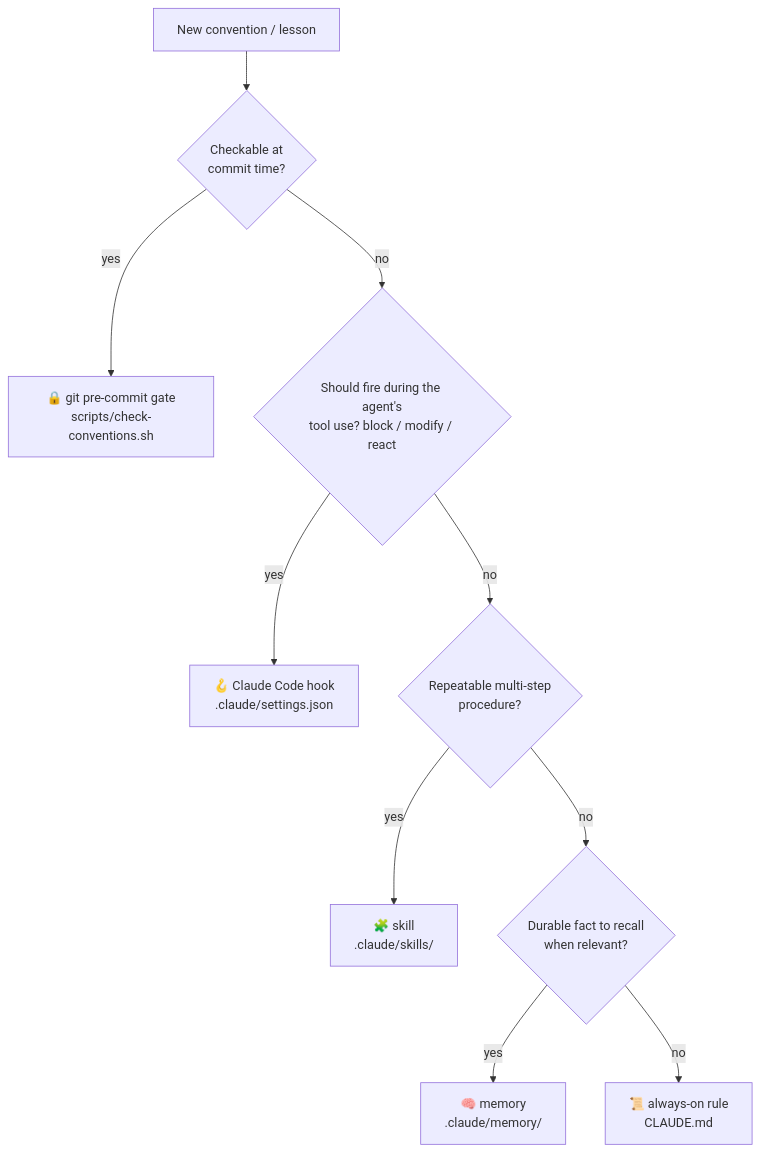
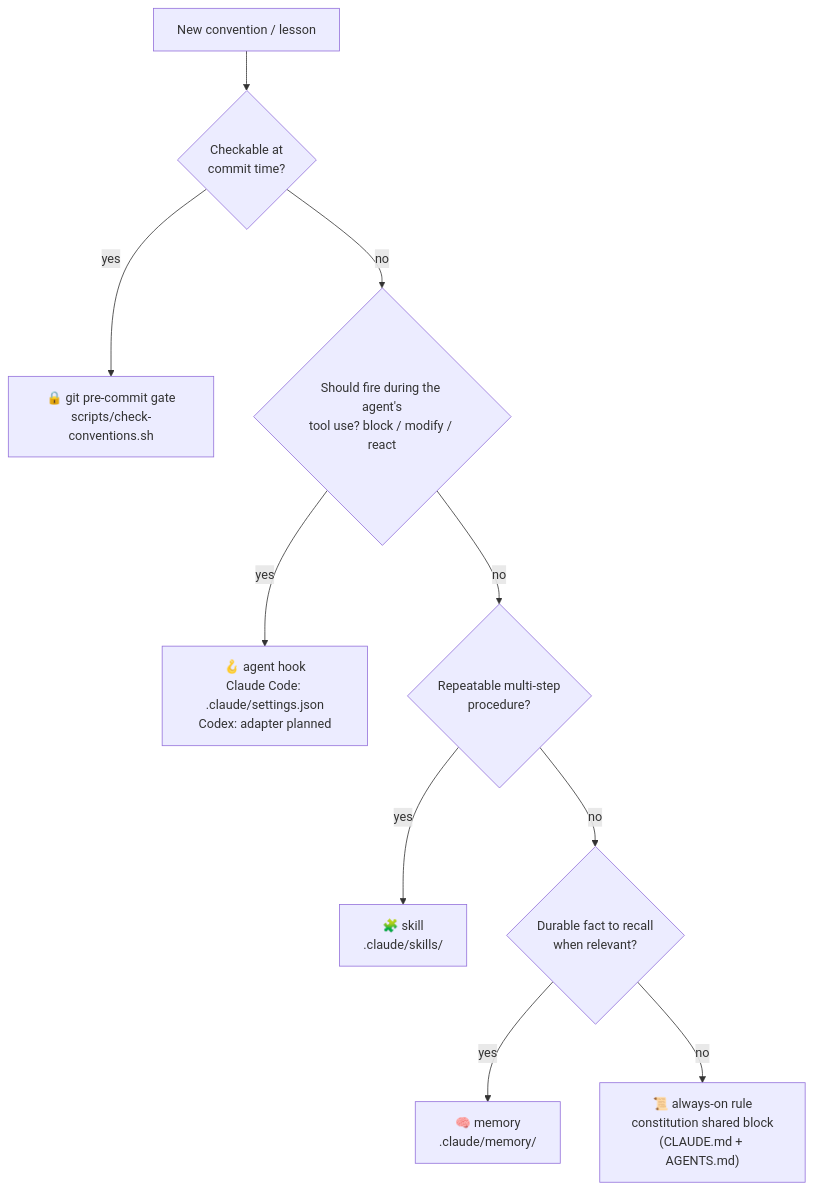
One commit to icurfer/ic-praxis changed the fourth of 5 diagrams in README.md. Above: the diagram before and after it, drawn with Mermaid. The commit also changed other lines of this file and 1 other file, not shown here.

First line of the commit message:
docs: agent-neutral README diagrams — Codex alongside Claude Code

````diff
--- a/README.md
+++ b/README.md
@@ -202,12 +209,12 @@
 ```mermaid
 flowchart TD
     N["New convention / lesson"] --> Q1{"Checkable at<br/>commit time?"}
     Q1 -- yes --> GATE["🔒 git pre-commit gate<br/>scripts/check-conventions.sh"]
     Q1 -- no --> Q2{"Should fire during the agent's<br/>tool use? block / modify / react"}
-    Q2 -- yes --> HOOK["🪝 Claude Code hook<br/>.claude/settings.json"]
+    Q2 -- yes --> HOOK["🪝 agent hook<br/>Claude Code: .claude/settings.json<br/>Codex: adapter planned"]
     Q2 -- no --> Q3{"Repeatable multi-step<br/>procedure?"}
     Q3 -- yes --> SKILL["🧩 skill<br/>.claude/skills/"]
     Q3 -- no --> Q4{"Durable fact to recall<br/>when relevant?"}
     Q4 -- yes --> MEM["🧠 memory<br/>.claude/memory/"]
-    Q4 -- no --> RULE["📜 always-on rule<br/>CLAUDE.md"]
+    Q4 -- no --> RULE["📜 always-on rule<br/>constitution shared block<br/>(CLAUDE.md + AGENTS.md)"]
 ```
````
